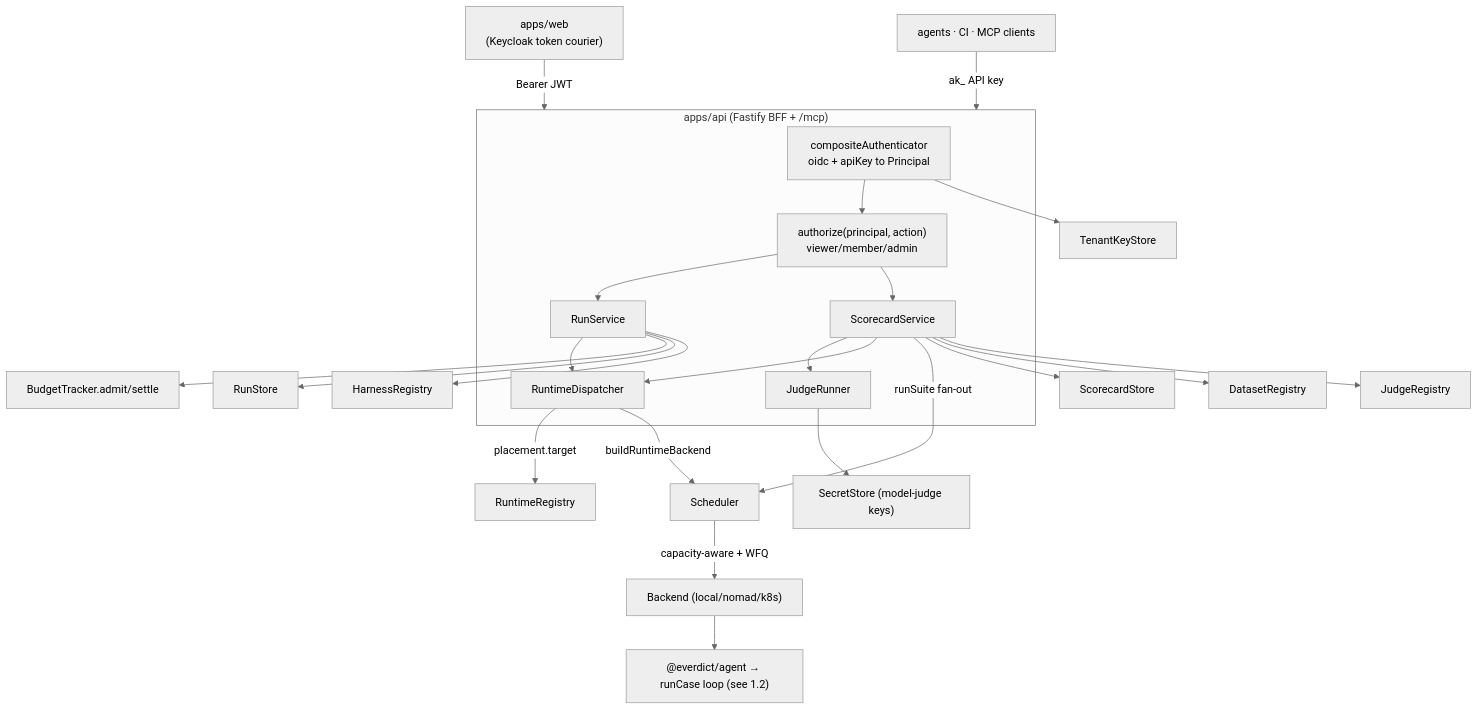
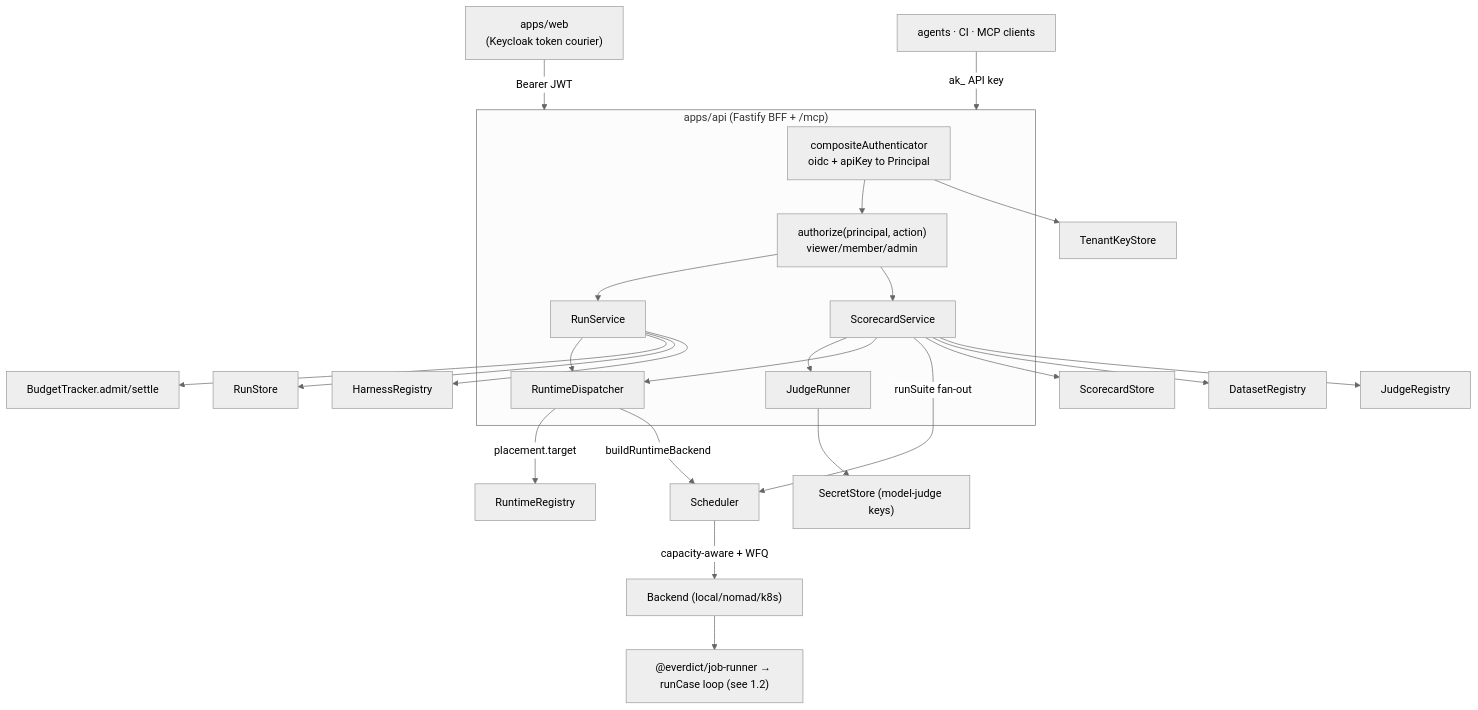
Before and after one commit to everdict/everdict: the third of 24 diagrams in docs/architecture/collaboration.md, drawn with Mermaid (neutral theme). The commit also changed other lines of this file and 180 other files, not shown here.

````diff
--- a/docs/architecture/collaboration.md
+++ b/docs/architecture/collaboration.md
@@ -179,36 +179,36 @@
 ```mermaid
 flowchart TD
   web["apps/web<br/>(Keycloak token courier)"] -->|Bearer JWT| api
   agentcli["agents · CI · MCP clients"] -->|ak_ API key| api
 
   subgraph api["apps/api (Fastify BFF + /mcp)"]
     authn["compositeAuthenticator<br/>oidc + apiKey to Principal"]
     authz["authorize(principal, action)<br/>viewer/member/admin"]
     runsvc["RunService"]
     scoresvc["ScorecardService"]
     rtd["RuntimeDispatcher"]
     jr["JudgeRunner"]
     authn --> authz
     authz --> runsvc
     authz --> scoresvc
     scoresvc --> jr
     runsvc --> rtd
     scoresvc --> rtd
   end
 
   rtd -->|placement.target| RuntimeReg["RuntimeRegistry"]
   rtd -->|buildRuntimeBackend| Scheduler
   Scheduler -->|capacity-aware + WFQ| Backend["Backend (local/nomad/k8s)"]
   scoresvc -->|runSuite fan-out| Scheduler
 
   runsvc --> budget["BudgetTracker.admit/settle"]
   runsvc --> RunStore
   scoresvc --> ScorecardStore
   runsvc --> HarnessReg["HarnessRegistry"]
   scoresvc --> DatasetReg["DatasetRegistry"]
   scoresvc --> JudgeReg["JudgeRegistry"]
   jr --> SecretStore["SecretStore (model-judge keys)"]
   authn --> TenantKeyStore
 
-  Backend --> agentjob["@everdict/agent → runCase loop (see 1.2)"]
+  Backend --> agentjob["@everdict/job-runner → runCase loop (see 1.2)"]
 ```
````
